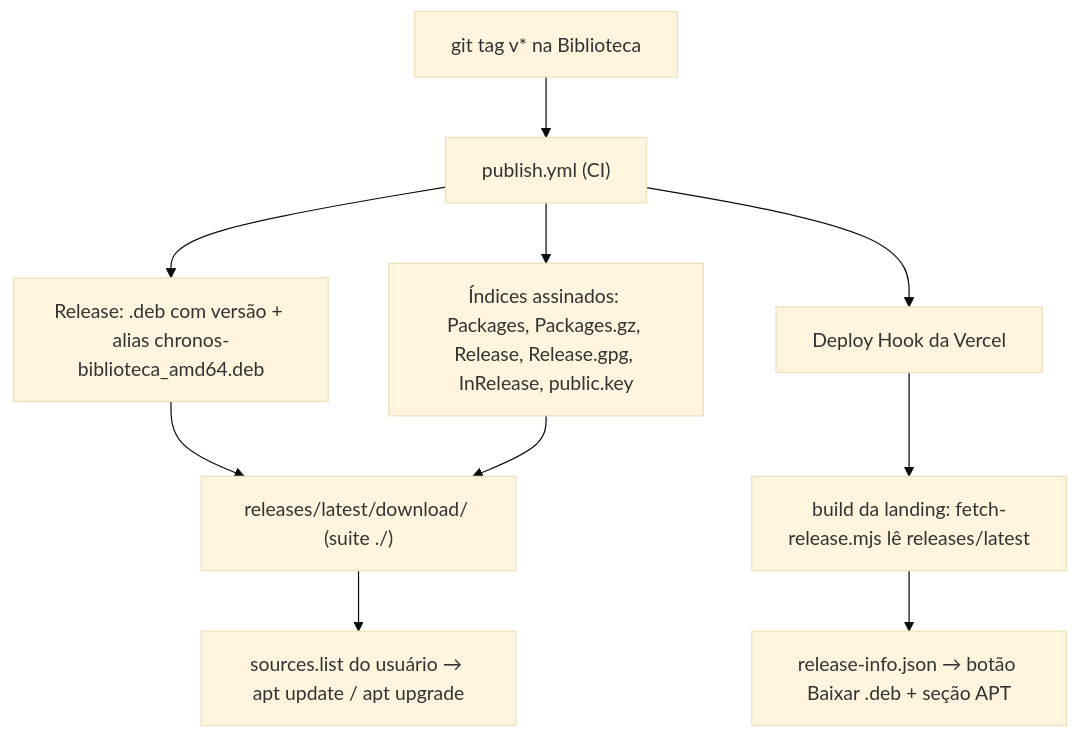
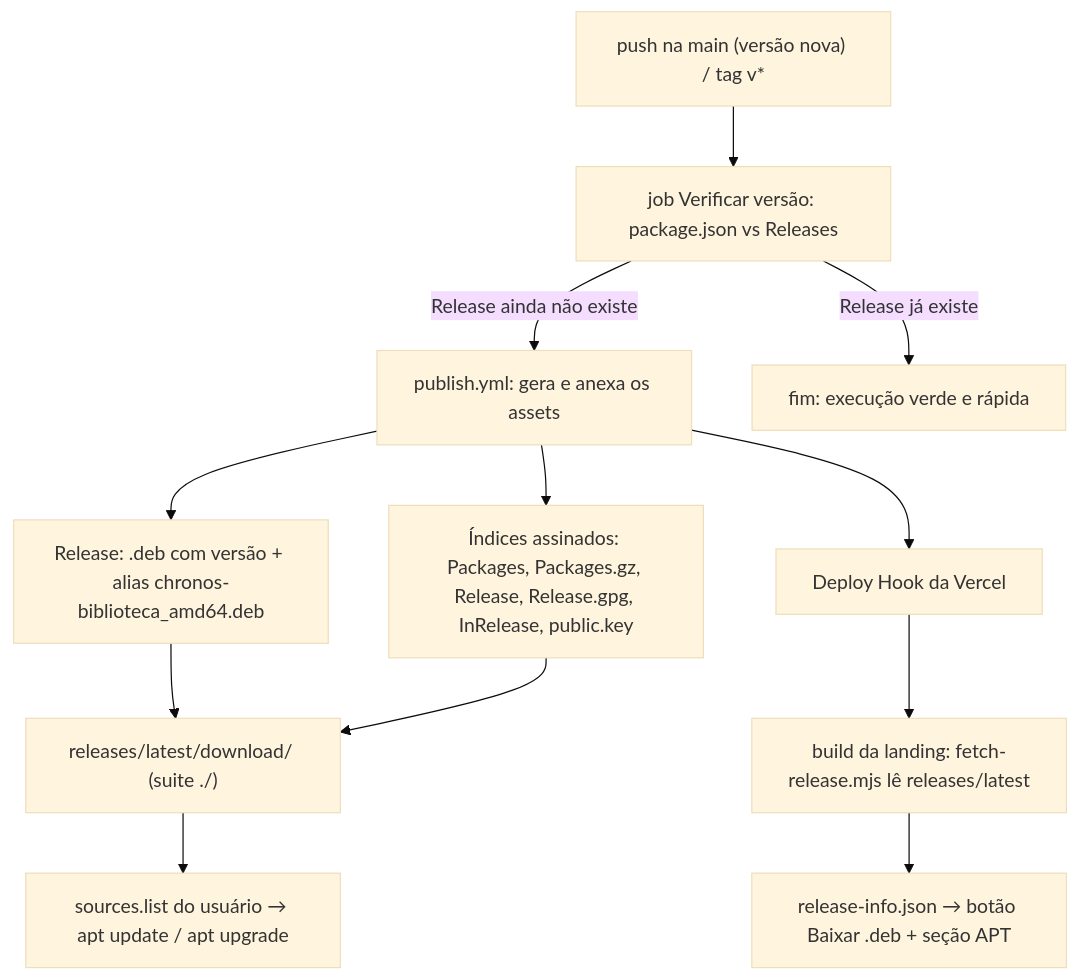
The diagram in docs/distribuicao-apt.md (chronos-atalante/chronos-biblioteca), drawn with Mermaid (base theme) before and after one commit. The commit also changed other lines of this file and 3 other files, not shown here.

````diff
--- a/docs/distribuicao-apt.md
+++ b/docs/distribuicao-apt.md
@@ -67,12 +67,14 @@
 ```mermaid
 flowchart TD
-    A["git tag v* na Biblioteca"] --> B["publish.yml (CI)"]
+    A["push na main (versão nova) / tag v*"] --> B0["job Verificar versão: package.json vs Releases"]
+    B0 -->|"Release ainda não existe"| B["publish.yml: gera e anexa os assets"]
+    B0 -->|"Release já existe"| P["fim: execução verde e rápida"]
     B --> C["Release: .deb com versão + alias chronos-biblioteca_amd64.deb"]
     B --> D["Índices assinados: Packages, Packages.gz, Release, Release.gpg, InRelease, public.key"]
     C --> E["releases/latest/download/ (suite ./)"]
     D --> E
     E --> F["sources.list do usuário → apt update / apt upgrade"]
     B --> G["Deploy Hook da Vercel"]
     G --> H["build da landing: fetch-release.mjs lê releases/latest"]
     H --> I["release-info.json → botão Baixar .deb + seção APT"]
 ```
````
